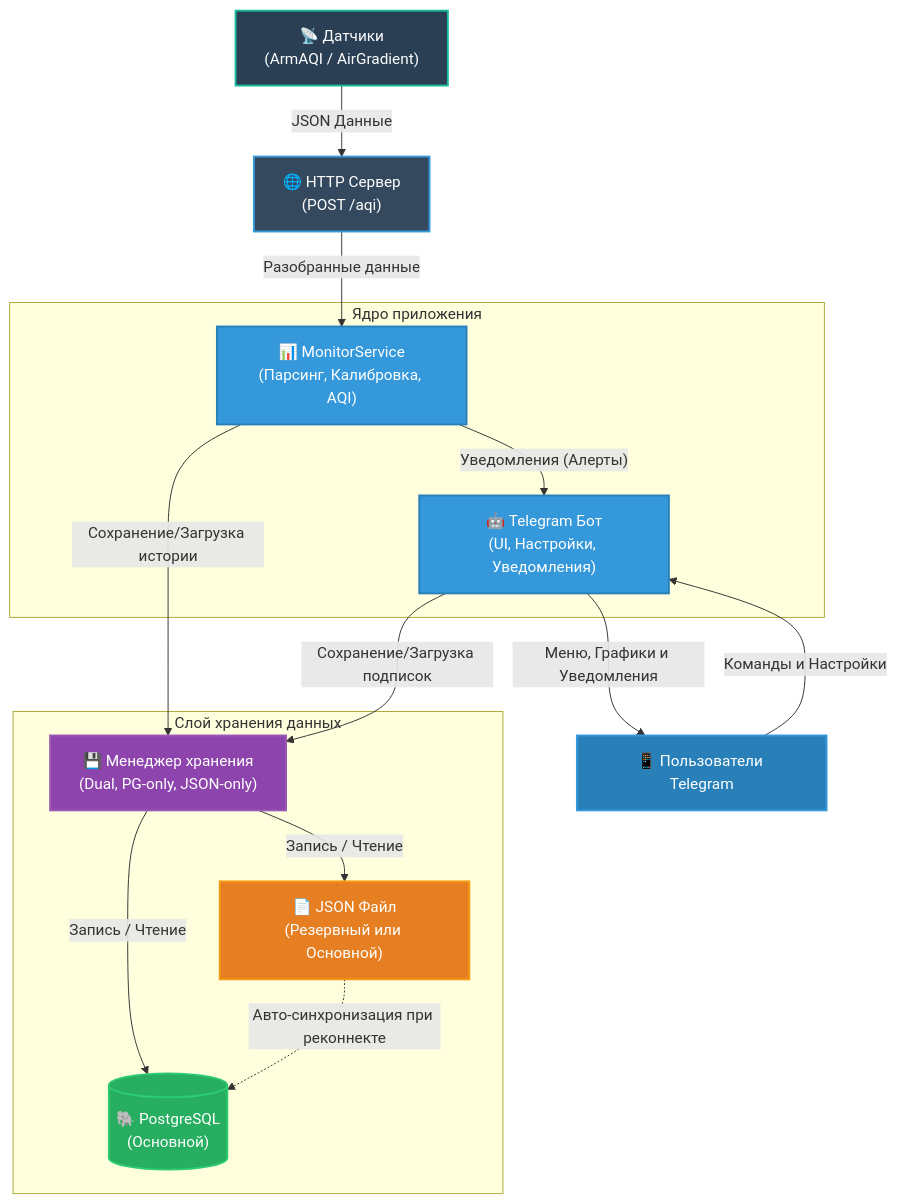
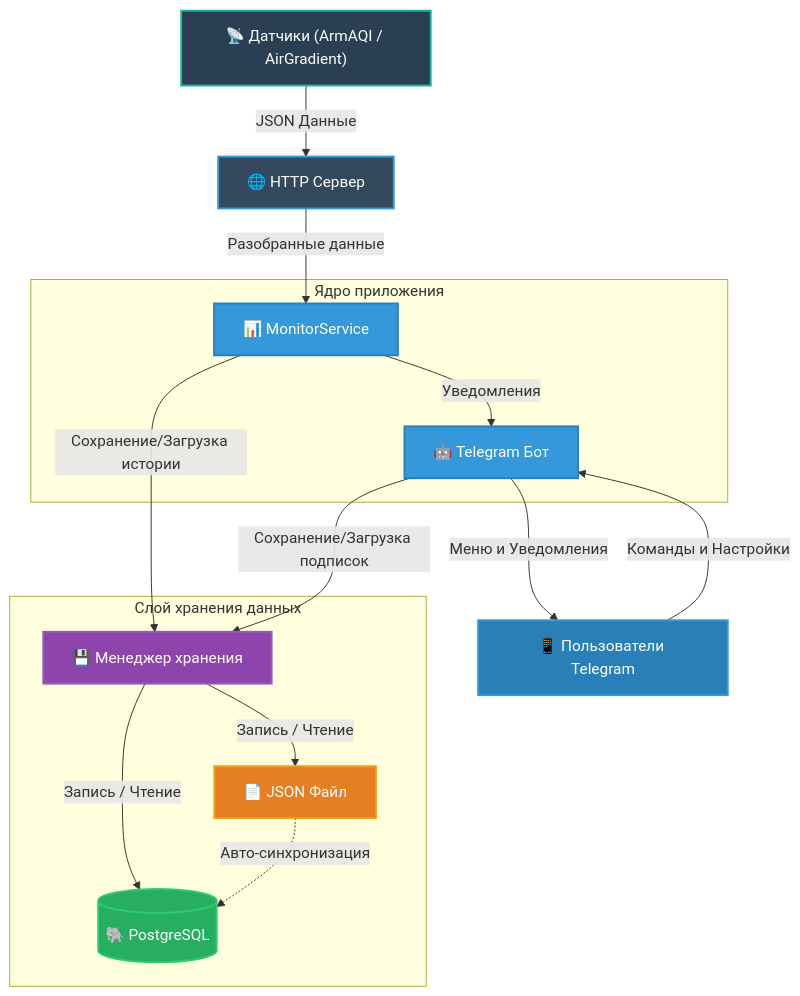
The diagram in README.ru.md (ABespalov/aqinotifier), drawn with Mermaid before and after one commit. The commit also changed 1 other file, not shown here.

Commit message:
docs: fix mermaid diagram rendering on GitHub

````diff
--- a/README.ru.md
+++ b/README.ru.md
@@ -65,43 +65,43 @@
 ```mermaid
 flowchart TD
     %% Define styles
     classDef device fill:#2A3F54,stroke:#1ABB9C,stroke-width:2px,color:#fff;
     classDef server fill:#34495E,stroke:#3498DB,stroke-width:2px,color:#fff;
     classDef module fill:#3498DB,stroke:#2980B9,stroke-width:2px,color:#fff;
     classDef storage fill:#8E44AD,stroke:#9B59B6,stroke-width:2px,color:#fff;
     classDef db fill:#27AE60,stroke:#2ECC71,stroke-width:2px,color:#fff;
     classDef file fill:#E67E22,stroke:#F39C12,stroke-width:2px,color:#fff;
     classDef tg fill:#2980B9,stroke:#3498DB,stroke-width:2px,color:#fff;
 
     %% Nodes
-    Sensor["📡 Датчики<br/>(ArmAQI / AirGradient)"]:::device
-    HTTP["🌐 HTTP Сервер<br/>(POST /aqi)"]:::server
+    Sensor["📡 Датчики (ArmAQI / AirGradient)"]:::device
+    HTTP["🌐 HTTP Сервер"]:::server
     
     subgraph Core ["Ядро приложения"]
-        Monitor["📊 MonitorService<br/>(Парсинг, Калибровка, AQI)"]:::module
-        Bot["🤖 Telegram Бот<br/>(UI, Настройки, Уведомления)"]:::module
+        Monitor["📊 MonitorService"]:::module
+        Bot["🤖 Telegram Бот"]:::module
     end
     
     subgraph Persistence ["Слой хранения данных"]
-        Storage["💾 Менеджер хранения<br/>(Dual, PG-only, JSON-only)"]:::storage
-        PG[("🐘 PostgreSQL<br/>(Основной)")]:::db
-        JSON["📄 JSON Файл<br/>(Резервный или Основной)"]:::file
+        Storage["💾 Менеджер хранения"]:::storage
+        PG[("🐘 PostgreSQL")]:::db
+        JSON["📄 JSON Файл"]:::file
     end
     
     TG["📱 Пользователи Telegram"]:::tg
 
     %% Connections
-    Sensor -- "JSON Данные" --> HTTP
-    HTTP -- "Разобранные данные" --> Monitor
-    Monitor -- "Уведомления (Алерты)" --> Bot
+    Sensor -->|JSON Данные| HTTP
+    HTTP -->|Разобранные данные| Monitor
+    Monitor -->|Уведомления| Bot
     
-    Monitor -- "Сохранение/Загрузка истории" --> Storage
-    Bot -- "Сохранение/Загрузка подписок" --> Storage
+    Monitor -->|Сохранение/Загрузка истории| Storage
+    Bot -->|Сохранение/Загрузка подписок| Storage
     
-    Storage -- "Запись / Чтение" --> PG
-    Storage -- "Запись / Чтение" --> JSON
-    JSON -. "Авто-синхронизация при реконнекте" .-> PG
+    Storage -->|Запись / Чтение| PG
+    Storage -->|Запись / Чтение| JSON
+    JSON -.->|Авто-синхронизация| PG
     
-    Bot -- "Меню, Графики и Уведомления" --> TG
-    TG -- "Команды и Настройки" --> Bot
+    Bot -->|Меню и Уведомления| TG
+    TG -->|Команды и Настройки| Bot
 ```
````
